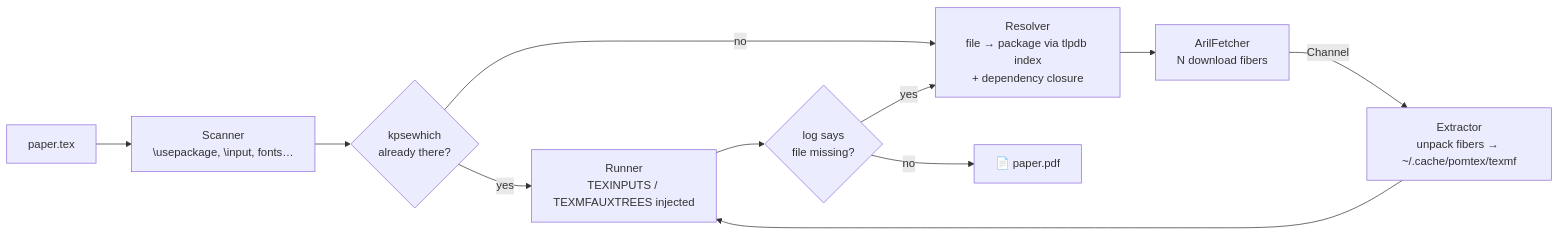
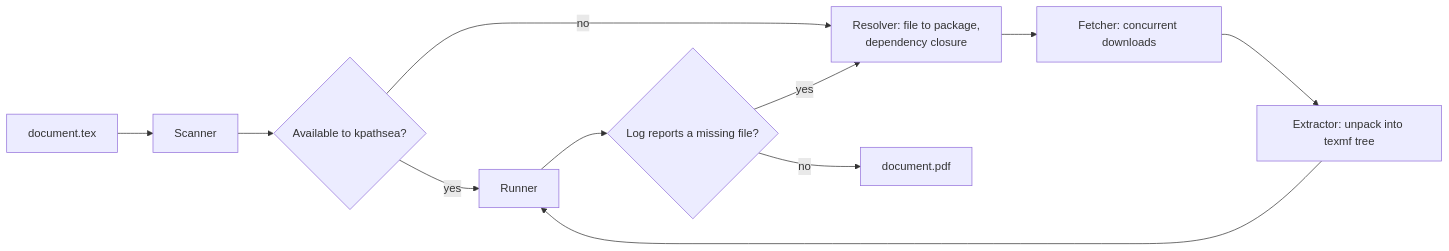
The diagram in README.md (Huseynteymurzade28/pomtex), drawn with Mermaid before and after one commit. The commit also changed other lines of this file, not shown here.

````diff
--- a/README.md
+++ b/README.md
@@ -141,13 +210,13 @@
 ```mermaid
 flowchart LR
-    A[paper.tex] --> S[Scanner<br/>\usepackage, \input, fonts…]
-    S --> K{kpsewhich<br/>already there?}
-    K -- yes --> R
-    K -- no --> X[Resolver<br/>file → package via tlpdb index<br/>+ dependency closure]
-    X --> F[ArilFetcher<br/>N download fibers]
-    F -- Channel --> U[Extractor<br/>unpack fibers → ~/.cache/pomtex/texmf]
-    U --> R[Runner<br/>TEXINPUTS / TEXMFAUXTREES injected]
-    R --> L{log says<br/>file missing?}
+    A[document.tex] --> S[Scanner]
+    S --> K{Available to kpathsea?}
+    K -- yes --> R[Runner]
+    K -- no --> X[Resolver: file to package,<br/>dependency closure]
+    X --> F[Fetcher: concurrent downloads]
+    F --> U[Extractor: unpack into texmf tree]
+    U --> R
+    R --> L{Log reports a missing file?}
     L -- yes --> X
-    L -- no --> P[📄 paper.pdf]
+    L -- no --> P[document.pdf]
 ```
````
